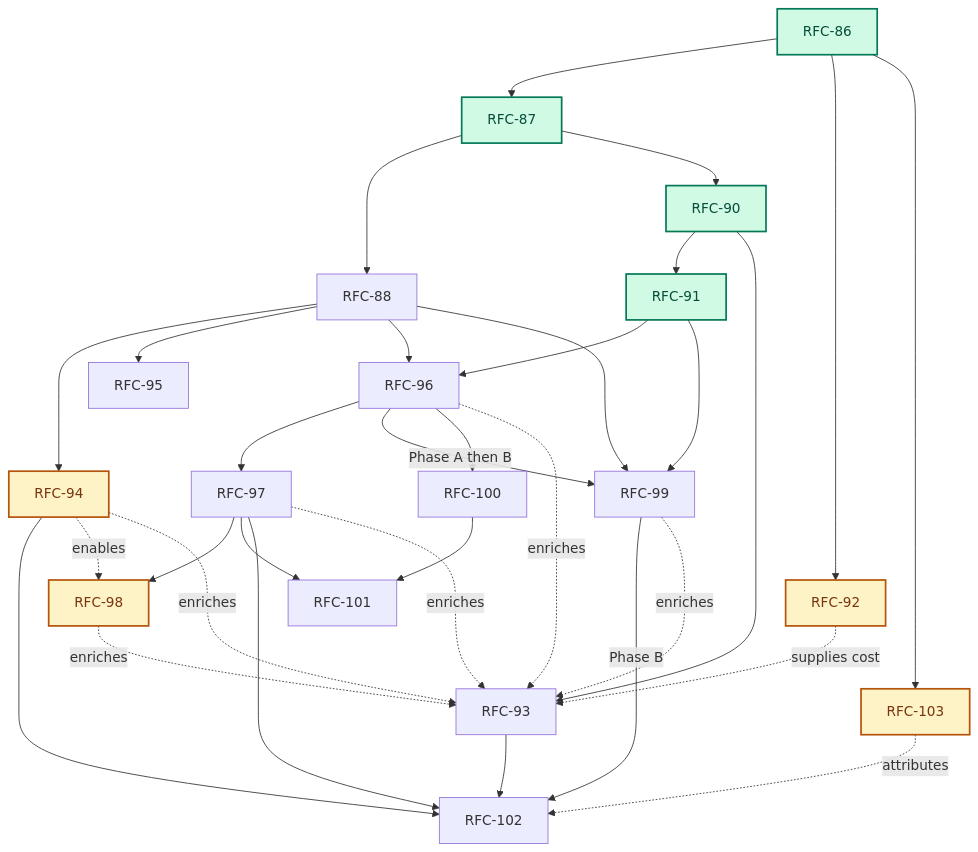
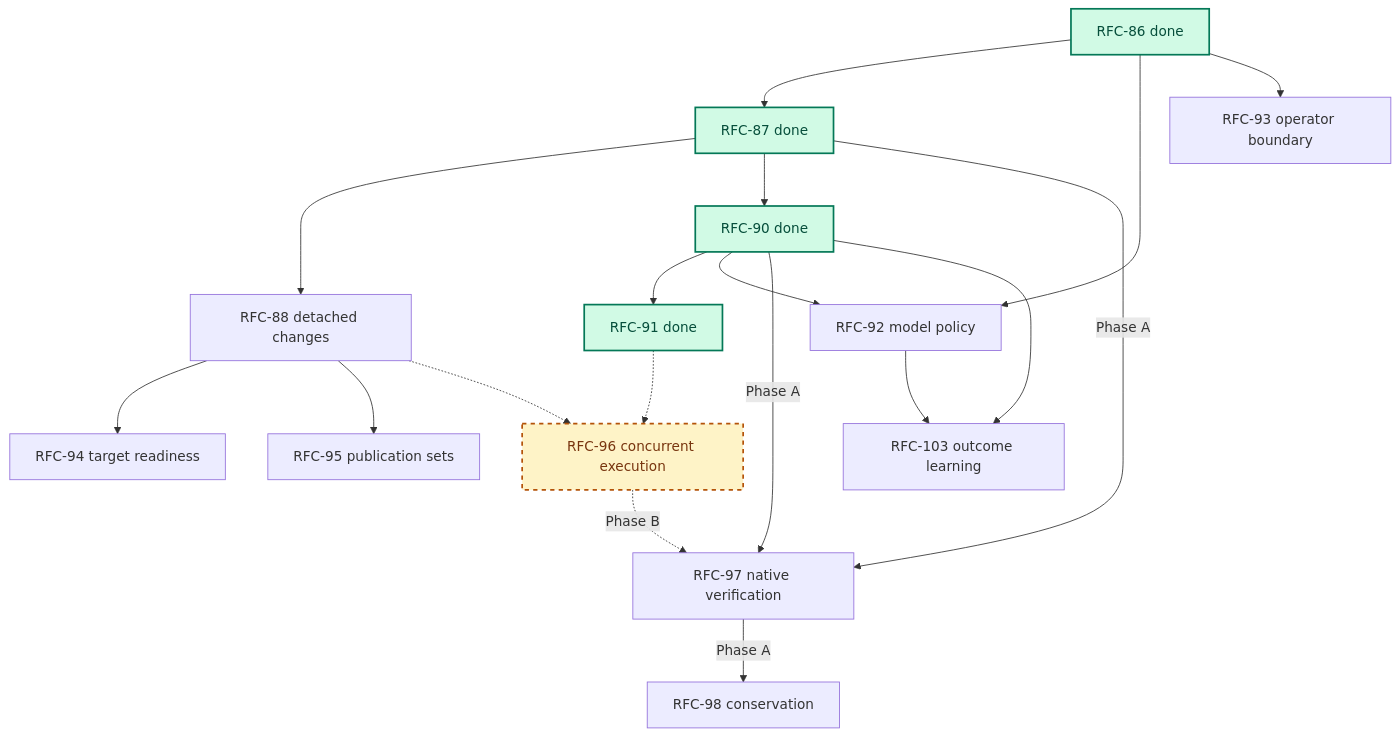
The diagram in rfcs/platform.md (augentic/anvil), drawn with Mermaid before and after one commit. The commit also changed other lines of this file and 23 other files, not shown here.

Commit message:
Restructure roadmap (#264)

````diff
--- a/rfcs/platform.md
+++ b/rfcs/platform.md
@@ -25,40 +39,25 @@
 ```mermaid
 flowchart TD
-    R86[RFC-86] --> R87[RFC-87]
-    R86 --> R92[RFC-92]
-    R86 --> R103[RFC-103]
-    R87 --> R88[RFC-88]
-    R87 --> R90[RFC-90]
-    R88 --> R94[RFC-94]
-    R88 --> R95[RFC-95]
-    R88 --> R96[RFC-96]
-    R88 --> R99[RFC-99]
-    R90 --> R91[RFC-91]
-    R90 --> R93[RFC-93]
-    R91 --> R96
-    R91 --> R99
-    R96 --> R97[RFC-97]
-    R96 -->|Phase A then B| R99
-    R96 --> R100[RFC-100]
-    R97 --> R98[RFC-98]
-    R97 --> R101[RFC-101]
-    R97 --> R102[RFC-102]
-    R99 -->|Phase B| R102
-    R100 --> R101
-    R93 --> R102
-    R94 --> R102
+    R86[RFC-86 done] --> R87[RFC-87 done]
+    R86 --> R92[RFC-92 model policy]
+    R86 --> R93[RFC-93 operator boundary]
+    R87 --> R88[RFC-88 detached changes]
+    R87 --> R90[RFC-90 done]
+    R90 --> R91[RFC-91 done]
+    R90 --> R92
+    R87 -->|Phase A| R97[RFC-97 native verification]
+    R90 -->|Phase A| R97
+    R88 --> R94[RFC-94 target readiness]
+    R88 --> R95[RFC-95 publication sets]
+    R88 -.-> R96[RFC-96 concurrent execution]
+    R91 -.-> R96
+    R96 -.->|Phase B| R97
+    R97 -->|Phase A| R98[RFC-98 conservation]
+    R90 --> R103[RFC-103 outcome learning]
+    R92 --> R103
 
-    R92 -. supplies cost .-> R93
-    R94 -. enables .-> R98
-    R94 -. enriches .-> R93
-    R96 -. enriches .-> R93
-    R97 -. enriches .-> R93
-    R98 -. enriches .-> R93
-    R99 -. enriches .-> R93
-    R103 -. attributes .-> R102
-
-    classDef implemented fill:#d1fae5,stroke:#047857,color:#064e3b,stroke-width:2px
-    classDef evidence fill:#fef3c7,stroke:#b45309,color:#78350f,stroke-width:2px
-    class R86,R87,R90,R91 implemented
-    class R94,R98,R92,R103 evidence
+    classDef done fill:#d1fae5,stroke:#047857,color:#064e3b,stroke-width:2px
+    classDef gated fill:#fef3c7,stroke:#b45309,color:#78350f,stroke-width:2px,stroke-dasharray: 5 5
+    class R86,R87,R90,R91 done
+    class R96 gated
 ```
````
